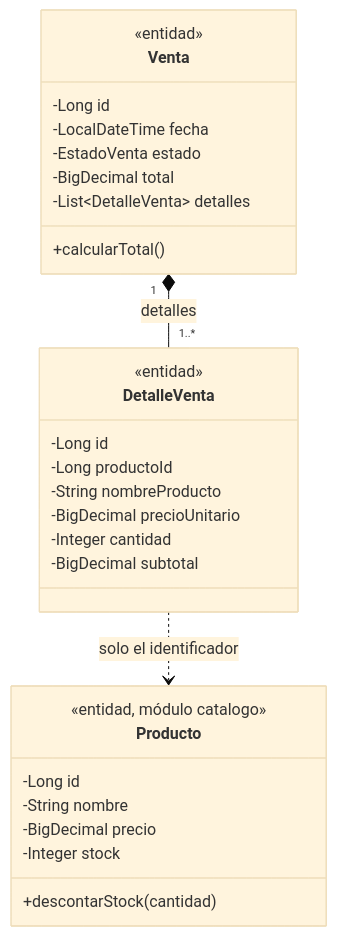
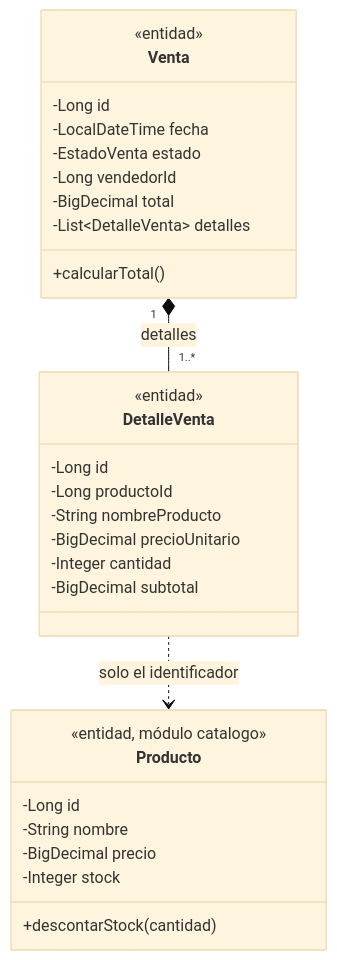
Before and after one commit to 262ciclo4/bomerp: the fourth of 7 diagrams in docs/ads/sesiones/S08_Diseno_Clases_Avanzado_Transformacion_Objeto_Relacional.md, drawn with Mermaid (base theme). The commit also changed other lines of this file, not shown here.

````diff
--- a/docs/ads/sesiones/S08_Diseno_Clases_Avanzado_Transformacion_Objeto_Relacional.md
+++ b/docs/ads/sesiones/S08_Diseno_Clases_Avanzado_Transformacion_Objeto_Relacional.md
@@ -165,32 +165,33 @@
 ```mermaid
 classDiagram
     class Venta {
         <<entidad>>
         -Long id
         -LocalDateTime fecha
         -EstadoVenta estado
+        -Long vendedorId
         -BigDecimal total
         -List~DetalleVenta~ detalles
         +calcularTotal()
     }
     class DetalleVenta {
         <<entidad>>
         -Long id
         -Long productoId
         -String nombreProducto
         -BigDecimal precioUnitario
         -Integer cantidad
         -BigDecimal subtotal
     }
     class Producto {
         <<entidad, módulo catalogo>>
         -Long id
         -String nombre
         -BigDecimal precio
         -Integer stock
         +descontarStock(cantidad)
     }
 
     Venta "1" *-- "1..*" DetalleVenta : detalles
     DetalleVenta ..> Producto : solo el identificador
 ```
````
